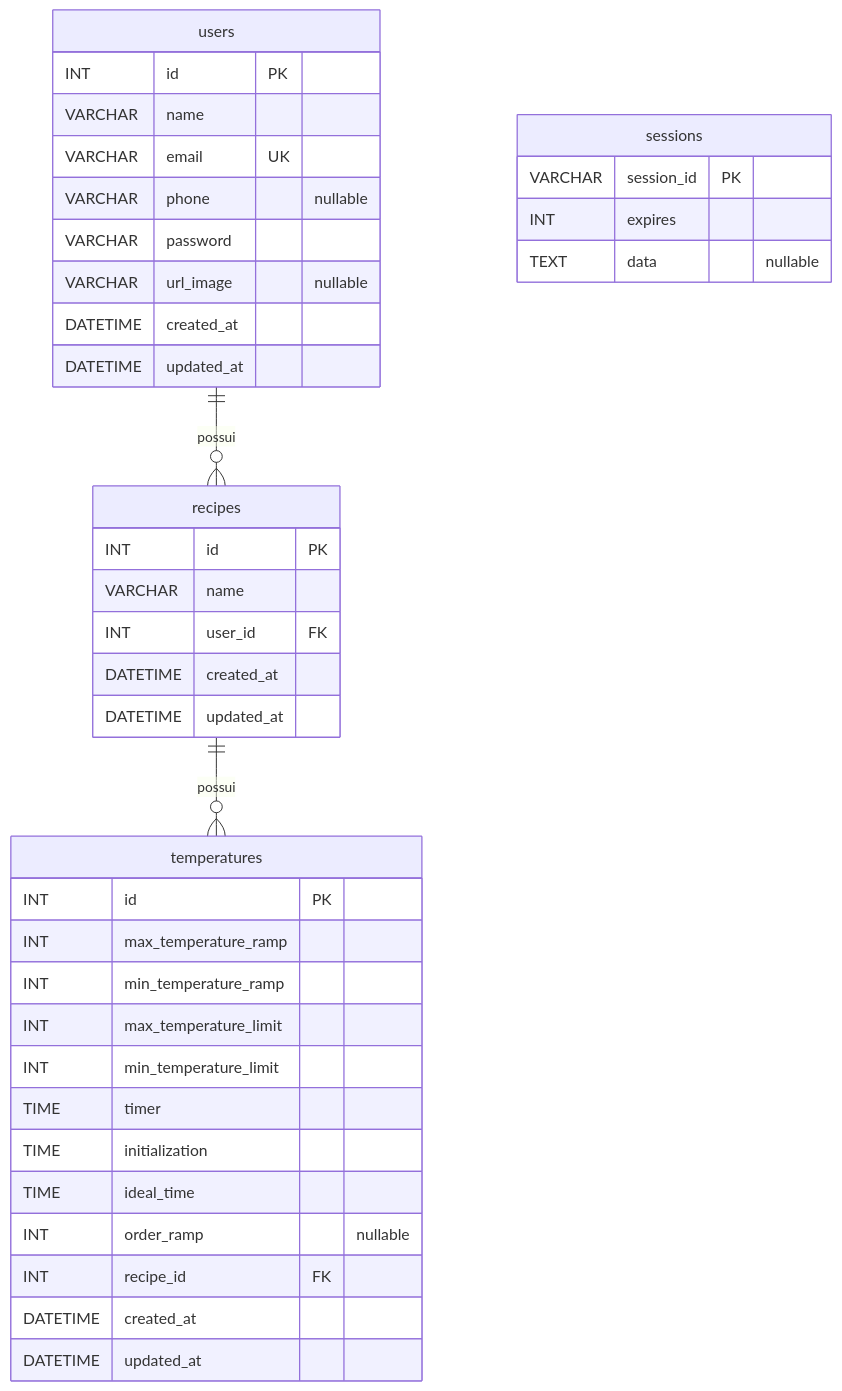
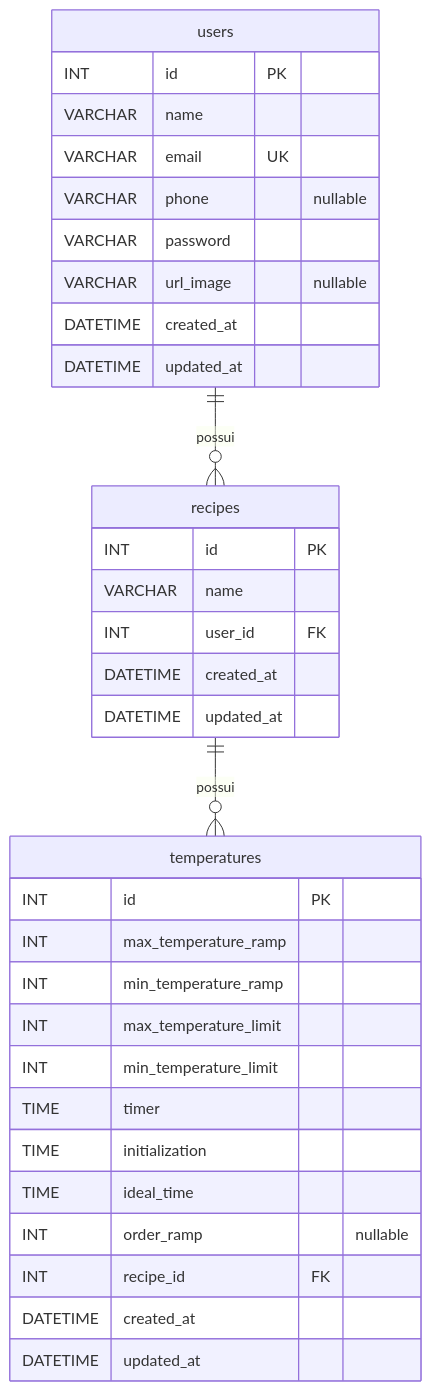
The diagram in README.md (conloq/database), drawn with Mermaid before and after one commit. The commit also changed other lines of this file and 2 other files, not shown here.

First line of the commit message:
docs: tirar a tabela sessions do MER e do README

````diff
--- a/README.md
+++ b/README.md
@@ -32,42 +31,37 @@
 ```mermaid
 erDiagram
     users ||--o{ recipes : possui
     recipes ||--o{ temperatures : possui
 
     users {
         INT id PK
         VARCHAR name
         VARCHAR email UK
         VARCHAR phone "nullable"
         VARCHAR password
         VARCHAR url_image "nullable"
         DATETIME created_at
         DATETIME updated_at
     }
     recipes {
         INT id PK
         VARCHAR name
         INT user_id FK
         DATETIME created_at
         DATETIME updated_at
     }
     temperatures {
         INT id PK
         INT max_temperature_ramp
         INT min_temperature_ramp
         INT max_temperature_limit
         INT min_temperature_limit
         TIME timer
         TIME initialization
         TIME ideal_time
         INT order_ramp "nullable"
         INT recipe_id FK
         DATETIME created_at
         DATETIME updated_at
     }
-    sessions {
-        VARCHAR session_id PK
-        INT expires
-        TEXT data "nullable"
-    }
 ```
````
